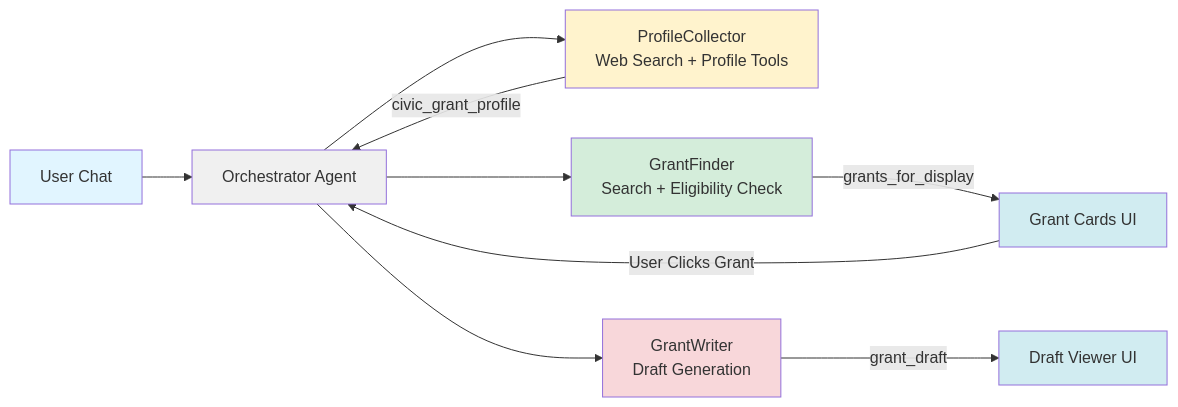
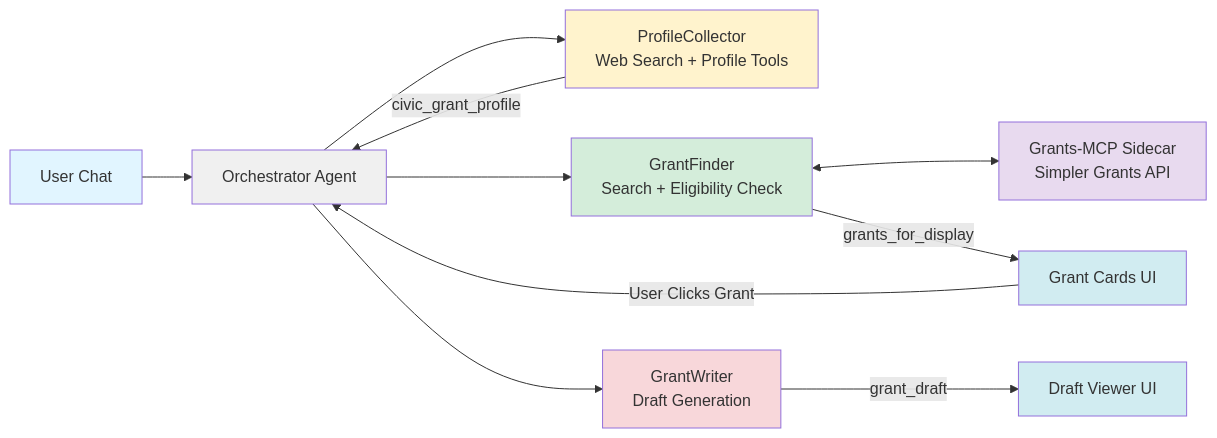
One commit to xomanova/civic-grant-agent-core changed the diagram in README.md. Above: the diagram before and after it, drawn with Mermaid. The commit also changed other lines of this file, not shown here.

````diff
--- a/README.md
+++ b/README.md
@@ -112,19 +146,21 @@
 ```mermaid
 graph LR
     A[User Chat] --> B[Orchestrator Agent]
     B --> C[ProfileCollector<br/>Web Search + Profile Tools]
     C -->|civic_grant_profile| B
     B --> D[GrantFinder<br/>Search + Eligibility Check]
+    D <--> H[Grants-MCP Sidecar<br/>Simpler Grants API]
     D -->|grants_for_display| E[Grant Cards UI]
     E -->|User Clicks Grant| B
     B --> F[GrantWriter<br/>Draft Generation]
     F -->|grant_draft| G[Draft Viewer UI]
     
     style A fill:#e1f5ff
     style B fill:#f0f0f0
     style C fill:#fff3cd
     style D fill:#d4edda
+    style H fill:#e8daef
     style F fill:#f8d7da
     style E fill:#d1ecf1
     style G fill:#d1ecf1
 ```
````
